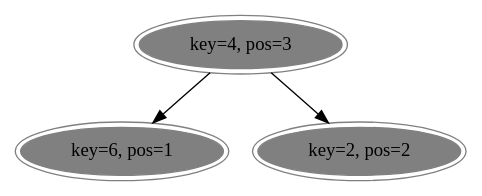
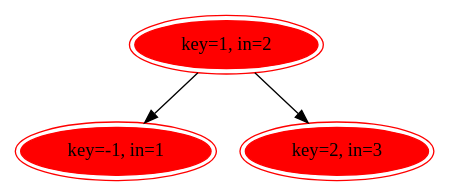
One commit to huaxiatony/CS changed the diagram in College/CS14/labs/lab5/output.dot. Above: the diagram before and after it, drawn with Graphviz. The commit also changed 13 other files, not shown here.

```diff
--- a/College/CS14/labs/lab5/output.dot
+++ b/College/CS14/labs/lab5/output.dot
@@ -1,11 +1,11 @@
 digraph G {
 
-	b [color = gray, peripheries=2, style = filled, label="key=6, pos=1"];
-	c [color = gray, peripheries=2, style = filled, label="key=2, pos=2"];
-	a [color = gray, peripheries=2, style = filled, label="key=4, pos=3"];
+	b [color = red, peripheries=2, style = filled, label="key=-1, in=1"];
+	a [color = red, peripheries=2, style = filled, label="key=1, in=2"];
+	c [color = red, peripheries=2, style = filled, label="key=2, in=3"];
 
 
 	a -> b;
 	a -> c;
 
 }
```
